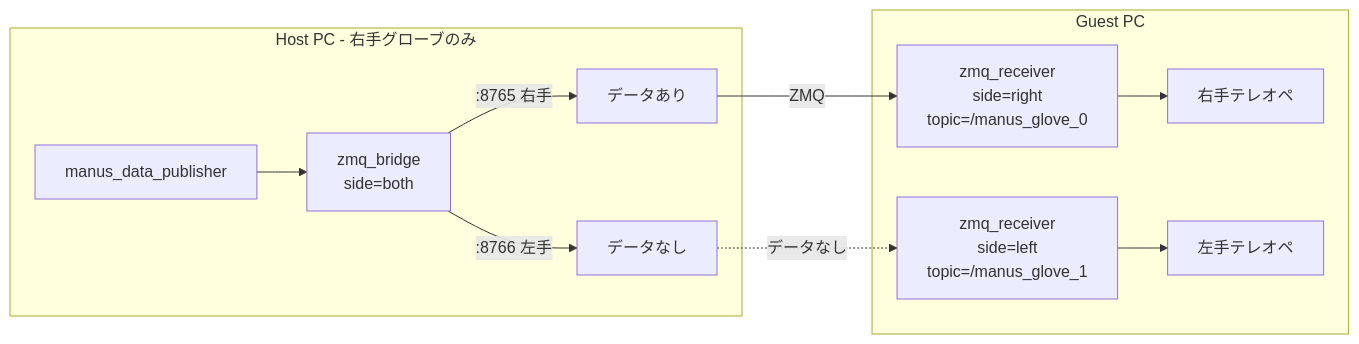
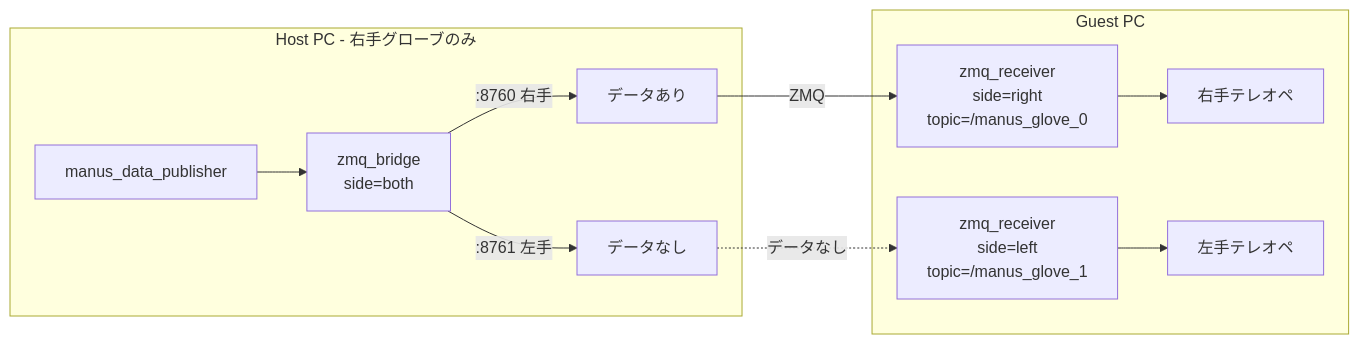
One commit to GeminiNinth/manus_ros2_transporter changed the fourth of 5 diagrams in README.ja.md. Above: the diagram before and after it, drawn with Mermaid. The commit also changed other lines of this file and 7 other files, not shown here.

````diff
--- a/README.ja.md
+++ b/README.ja.md
@@ -235,16 +235,16 @@
 ```mermaid
 flowchart LR
     subgraph Host [Host PC - 右手グローブのみ]
         H_MDP[manus_data_publisher] --> H_ZB[zmq_bridge<br/>side=both]
-        H_ZB -->|:8765 右手| H_R[データあり]
-        H_ZB -->|:8766 左手| H_L[データなし]
+        H_ZB -->|:8760 右手| H_R[データあり]
+        H_ZB -->|:8761 左手| H_L[データなし]
     end
     
     subgraph Guest [Guest PC]
         G_ZR_R[zmq_receiver<br/>side=right<br/>topic=/manus_glove_0] --> G_R_Teleop[右手テレオペ]
         G_ZR_L[zmq_receiver<br/>side=left<br/>topic=/manus_glove_1] --> G_L_Teleop[左手テレオペ]
     end
     
     H_R -->|ZMQ| G_ZR_R
     H_L -.->|データなし| G_ZR_L
 ```
````
